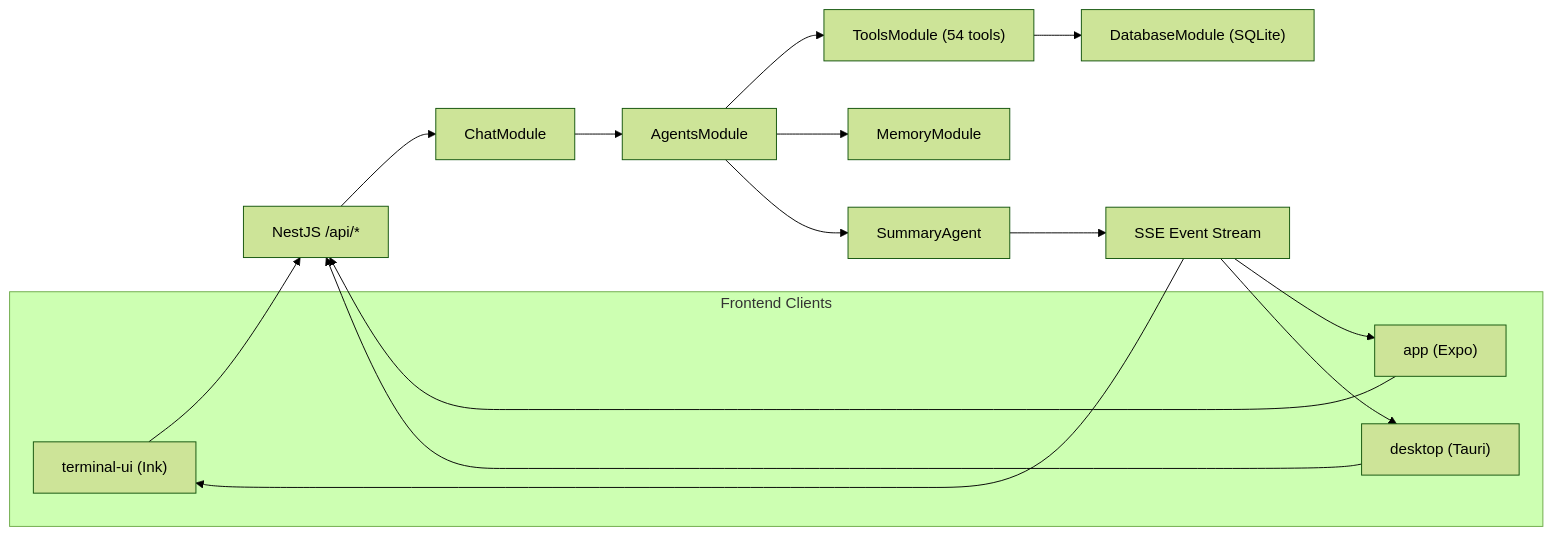
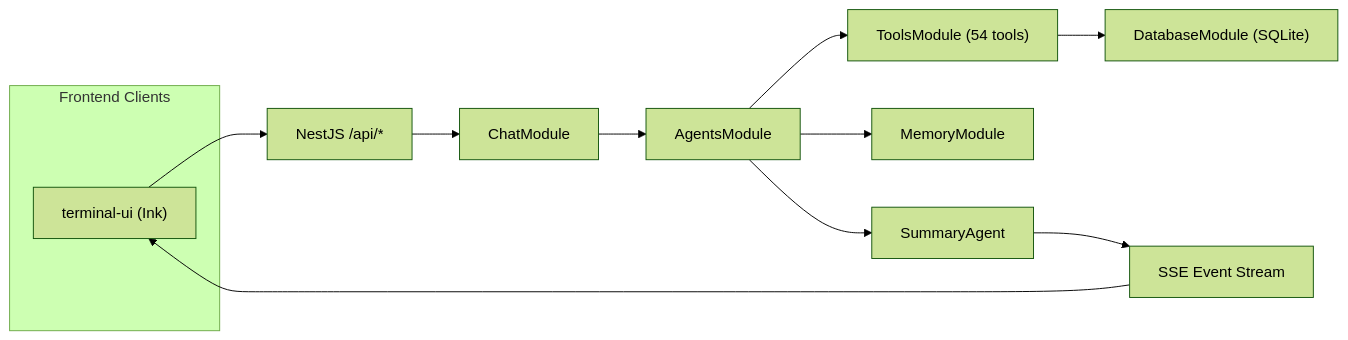
Before and after one commit to iammm0/secbot: the diagram in README_EN.md, drawn with Mermaid (forest theme). The commit also changed other lines of this file and 85 other files, not shown here.

````diff
--- a/README_EN.md
+++ b/README_EN.md
@@ -61,23 +61,17 @@
 ```mermaid
 flowchart LR
   subgraph Clients["Frontend Clients"]
     tui["terminal-ui (Ink)"]
-    mobile["app (Expo)"]
-    desktopApp["desktop (Tauri)"]
   end
 
   tui --> api["NestJS /api/*"]
-  mobile --> api
-  desktopApp --> api
 
   api --> chat["ChatModule"]
   chat --> agents["AgentsModule"]
   agents --> tools["ToolsModule (54 tools)"]
   tools --> db["DatabaseModule (SQLite)"]
   agents --> memory["MemoryModule"]
   agents --> summary["SummaryAgent"]
   summary --> sse["SSE Event Stream"]
   sse --> tui
-  sse --> mobile
-  sse --> desktopApp
 ```
````
